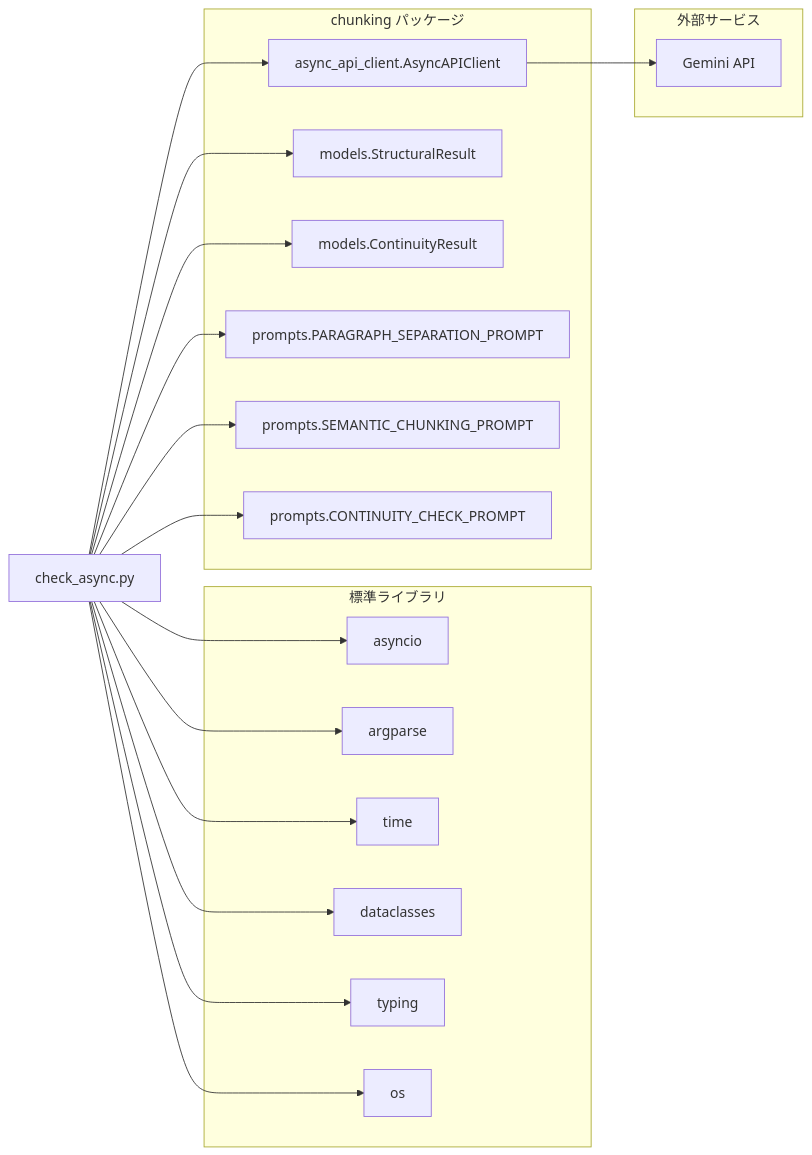
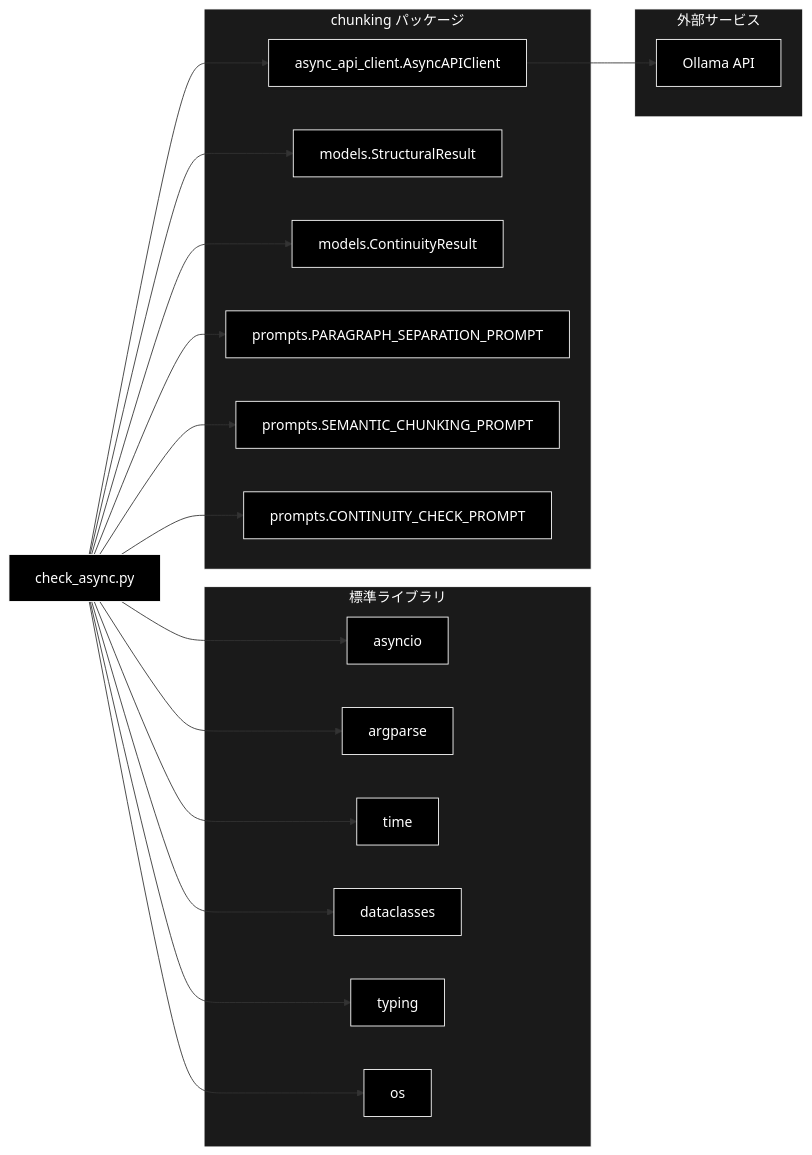
The fourth of 6 diagrams in chunking/doc/check_async.md (nakashima2toshio/ollama_grace_agent_v2), drawn with Mermaid before and after one commit. The commit also changed other lines of this file and 13 other files, not shown here.

First line of the commit message:
chunking: Ollama ネイティブ化（コード/コメント/ドキュメントの Gemini→Ollama 全面置換）

````diff
--- a/chunking/doc/check_async.md
+++ b/chunking/doc/check_async.md
@@ -838,40 +865,46 @@
 ```mermaid
 flowchart LR
     CHECK[check_async.py]
 
     subgraph STDLIB["標準ライブラリ"]
         ASYNCIO[asyncio]
         ARGPARSE[argparse]
         TIME[time]
         DATACLASS[dataclasses]
         TYPING[typing]
         OS[os]
     end
 
     subgraph CHUNKING["chunking パッケージ"]
         APICLIENT[async_api_client.AsyncAPIClient]
         MODELS[models.StructuralResult]
         MODELS2[models.ContinuityResult]
         PROMPTS[prompts.PARAGRAPH_SEPARATION_PROMPT]
         PROMPTS2[prompts.SEMANTIC_CHUNKING_PROMPT]
         PROMPTS3[prompts.CONTINUITY_CHECK_PROMPT]
     end
 
     subgraph EXTERNAL["外部サービス"]
-        GEMINI[Gemini API]
+        GEMINI[Ollama API]
     end
 
     CHECK --> ASYNCIO
     CHECK --> ARGPARSE
     CHECK --> TIME
     CHECK --> DATACLASS
     CHECK --> TYPING
     CHECK --> OS
     CHECK --> APICLIENT
     CHECK --> MODELS
     CHECK --> MODELS2
     CHECK --> PROMPTS
     CHECK --> PROMPTS2
     CHECK --> PROMPTS3
     APICLIENT --> GEMINI
+classDef default fill:#000,stroke:#fff,color:#fff
+classDef subgraphStyle fill:#1a1a1a,stroke:#fff,color:#fff
+class CHECK,ASYNCIO,ARGPARSE,TIME,DATACLASS,TYPING,OS,APICLIENT,MODELS,MODELS2,PROMPTS,PROMPTS2,PROMPTS3,GEMINI default
+style STDLIB fill:#1a1a1a,stroke:#fff,color:#fff
+style CHUNKING fill:#1a1a1a,stroke:#fff,color:#fff
+style EXTERNAL fill:#1a1a1a,stroke:#fff,color:#fff
 ```
````
